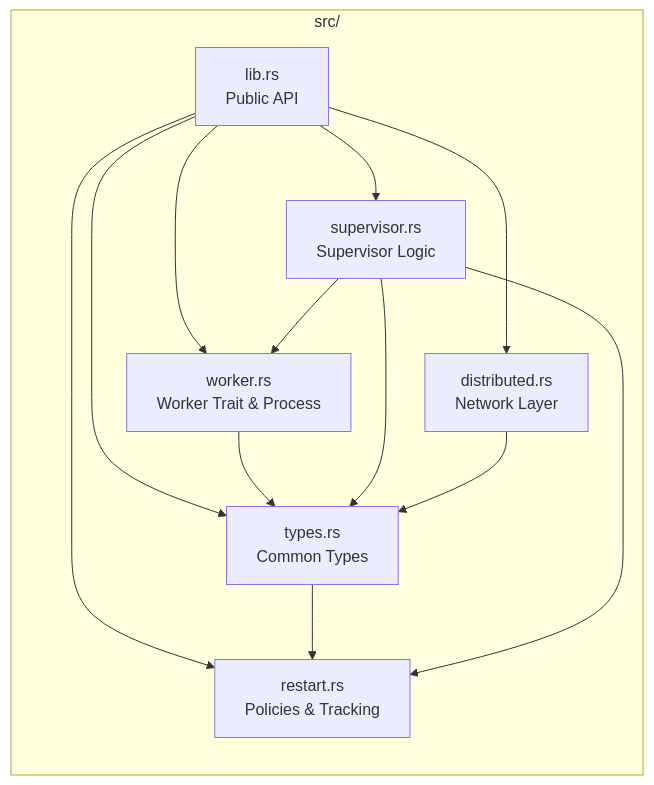
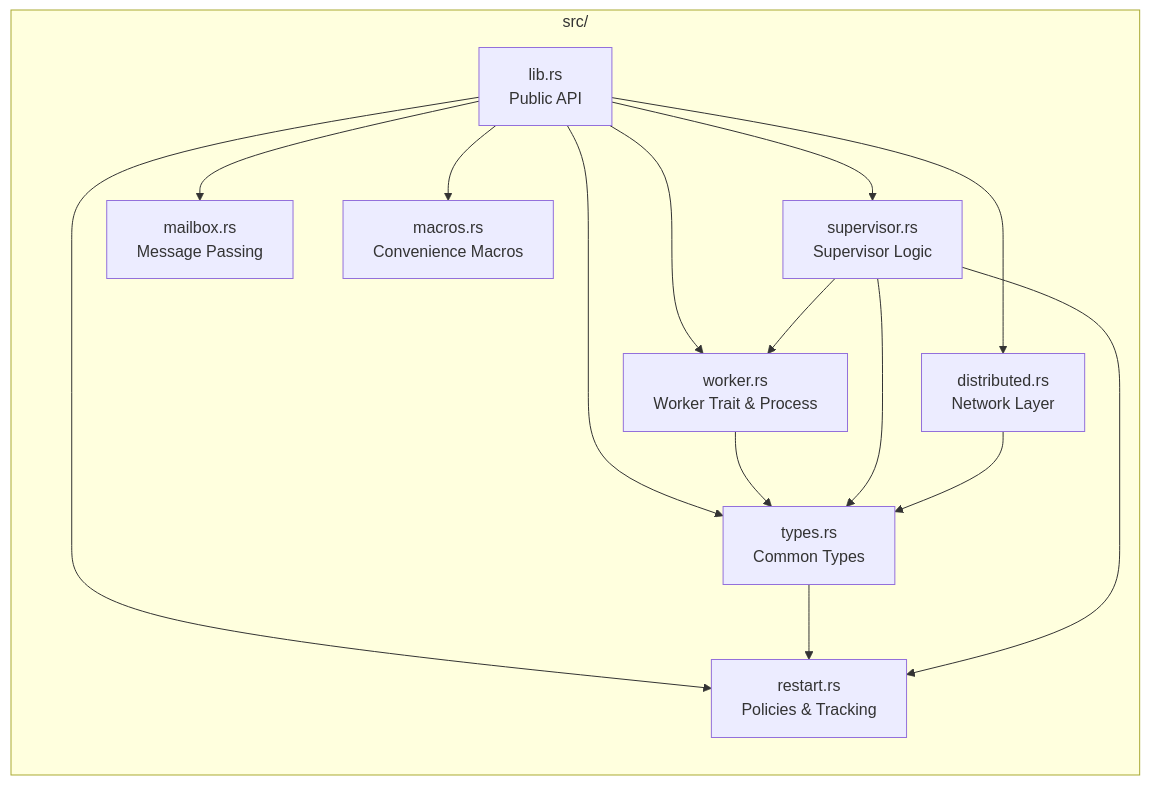
The second of 10 diagrams in architecture.md (gntem/ash-flare), drawn with Mermaid before and after one commit. The commit also changed other lines of this file, not shown here.

Commit message:
feat: enhance architecture documentation with mailbox and initialization sequences

````diff
--- a/architecture.md
+++ b/architecture.md
@@ -56,24 +56,28 @@
 ```mermaid
 graph LR
     subgraph "src/"
         lib[lib.rs<br/>Public API]
         restart[restart.rs<br/>Policies & Tracking]
         types[types.rs<br/>Common Types]
         worker[worker.rs<br/>Worker Trait & Process]
         supervisor[supervisor.rs<br/>Supervisor Logic]
         distributed[distributed.rs<br/>Network Layer]
+        mailbox[mailbox.rs<br/>Message Passing]
+        macros[macros.rs<br/>Convenience Macros]
     end
 
     lib --> restart
     lib --> types
     lib --> worker
     lib --> supervisor
     lib --> distributed
+    lib --> mailbox
+    lib --> macros
     
     types --> restart
     worker --> types
     supervisor --> restart
     supervisor --> types
     supervisor --> worker
     distributed --> types
 ```
````
